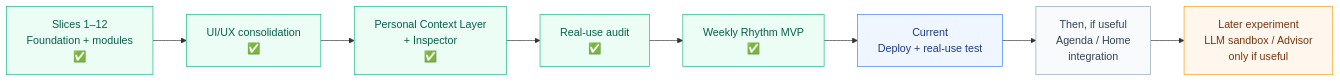
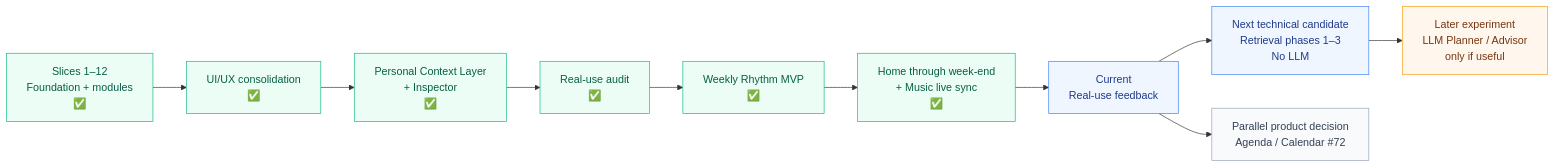
The diagram in docs/roadmap.md (teravyte18/personal-control-center), drawn with Mermaid before and after one commit. The commit also changed other lines of this file, not shown here.

Commit message:
docs: refresh docs/roadmap.md after live Spotify verification

````diff
--- a/docs/roadmap.md
+++ b/docs/roadmap.md
@@ -15,22 +15,26 @@
 ```mermaid
 graph LR
     S1["Slices 1–12<br/>Foundation + modules<br/>✅"]
     UX["UI/UX consolidation<br/>✅"]
     CTX["Personal Context Layer<br/>+ Inspector<br/>✅"]
     AUDIT["Real-use audit<br/>✅"]
     RHY["Weekly Rhythm MVP<br/>✅"]
-    TEST["Current<br/>Deploy + real-use test"]
-    INT["Then, if useful<br/>Agenda / Home<br/>integration"]
-    LAB["Later experiment<br/>LLM sandbox / Advisor<br/>only if useful"]
+    HOME["Home through week-end<br/>+ Music live sync<br/>✅"]
+    TEST["Current<br/>Real-use feedback"]
+    RET["Next technical candidate<br/>Retrieval phases 1–3<br/>No LLM"]
+    CAL["Parallel product decision<br/>Agenda / Calendar #72"]
+    LAB["Later experiment<br/>LLM Planner / Advisor<br/>only if useful"]
 
-    S1 --> UX --> CTX --> AUDIT --> RHY --> TEST --> INT --> LAB
+    S1 --> UX --> CTX --> AUDIT --> RHY --> HOME --> TEST
+    TEST --> RET --> LAB
+    TEST --> CAL
 
     classDef done fill:#ecfdf5,stroke:#10b981,color:#065f46;
     classDef selected fill:#eff6ff,stroke:#3b82f6,color:#1e3a8a;
     classDef experimental fill:#fff7ed,stroke:#f59e0b,color:#78350f;
     classDef planned fill:#f8fafc,stroke:#94a3b8,color:#334155;
-    class S1,UX,CTX,AUDIT,RHY done;
-    class TEST selected;
-    class INT planned;
+    class S1,UX,CTX,AUDIT,RHY,HOME done;
+    class TEST,RET selected;
+    class CAL planned;
     class LAB experimental;
 ```
````
